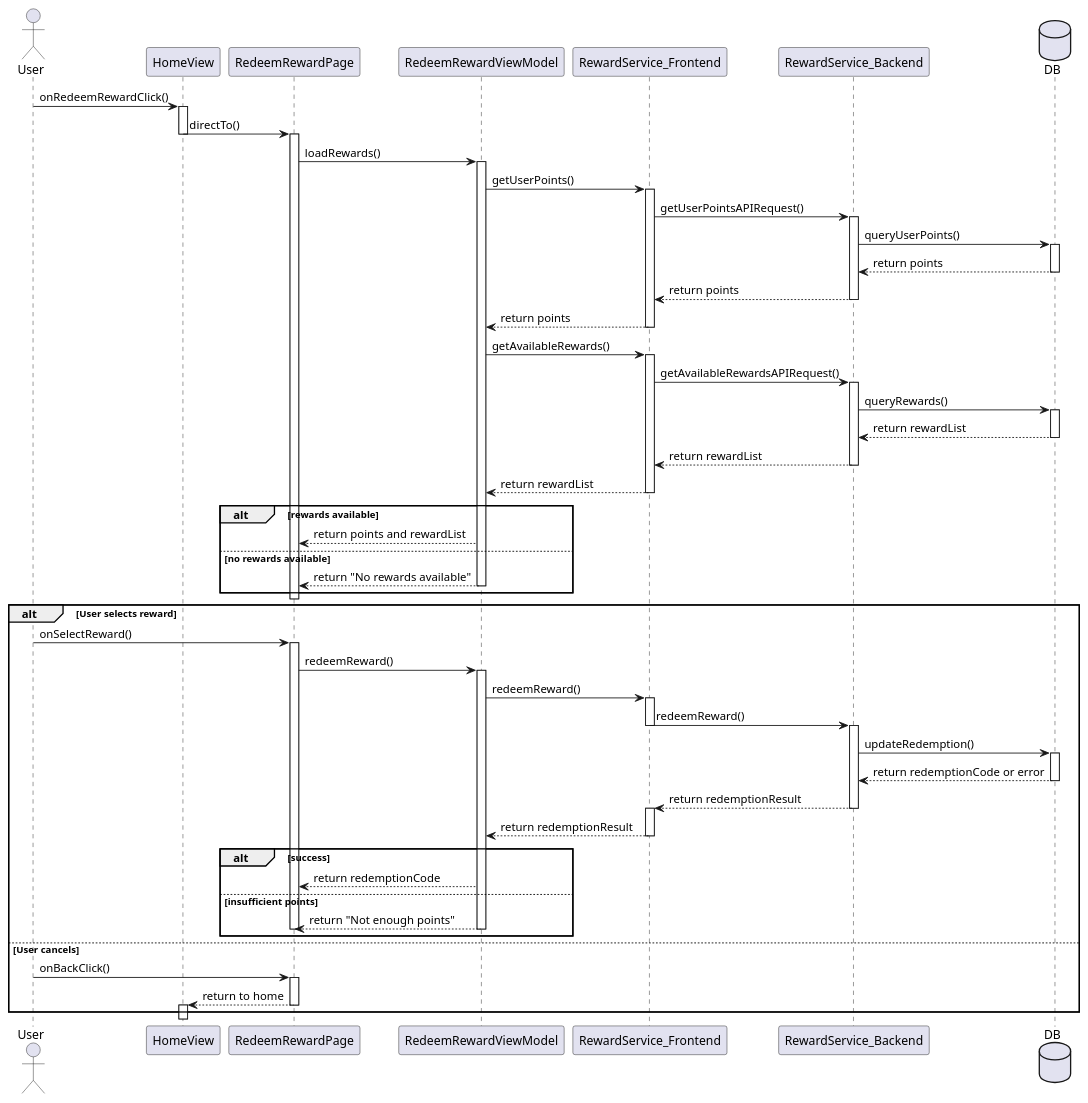
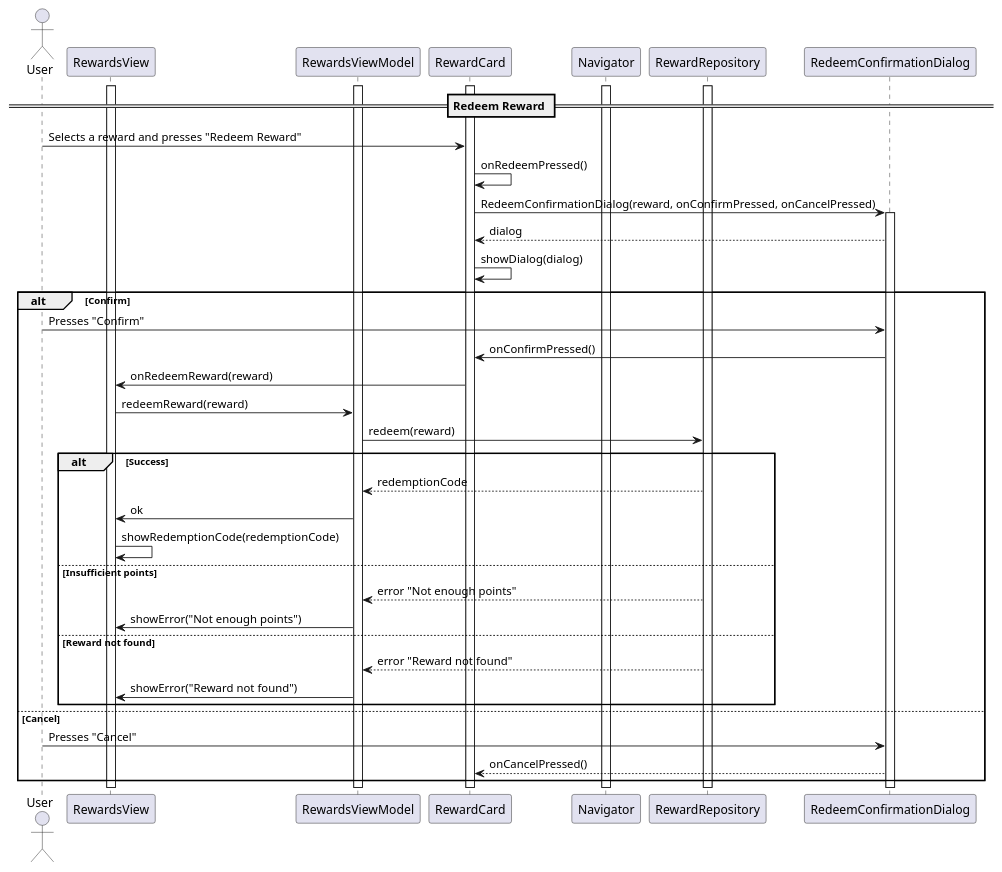
Before and after one commit to YannisRavasopoulos/ProjectSD_S6: the diagram in reports/sequence/redeem-reward.plantuml, drawn with PlantUML.

Commit message:
Redeem reward sequence

```diff
--- a/reports/sequence/redeem-reward.plantuml
+++ b/reports/sequence/redeem-reward.plantuml
@@ -1,122 +1,48 @@
 @startuml
+
 actor User
 
-participant HomeView
-participant RedeemRewardPage
-participant RedeemRewardViewModel
-participant RewardService_Frontend
-participant RewardService_Backend
-database DB
+participant RewardsView
+participant RewardsViewModel
+participant RewardCard
+participant Navigator
+participant RewardRepository
+participant RedeemConfirmationDialog
 
+activate Navigator
+activate RewardsViewModel
+activate RewardRepository
+activate RewardsView
+activate RewardCard
 
-User -> HomeView : onRedeemRewardClick()
-activate HomeView
-HomeView -> RedeemRewardPage : directTo()
-deactivate HomeView
-activate RedeemRewardPage
+== Redeem Reward ==
 
+User -> RewardCard: Selects a reward and presses "Redeem Reward"
+RewardCard -> RewardCard: onRedeemPressed()
+RewardCard -> RedeemConfirmationDialog: RedeemConfirmationDialog(reward, onConfirmPressed, onCancelPressed)
+activate RedeemConfirmationDialog
+RedeemConfirmationDialog --> RewardCard: dialog
+RewardCard -> RewardCard: showDialog(dialog)
+alt Confirm
+User -> RedeemConfirmationDialog: Presses "Confirm"
+RedeemConfirmationDialog -> RewardCard: onConfirmPressed()
+RewardCard -> RewardsView: onRedeemReward(reward)
+RewardsView -> RewardsViewModel: redeemReward(reward)
+RewardsViewModel -> RewardRepository: redeem(reward)
+alt Success
+    RewardRepository --> RewardsViewModel: redemptionCode
+    RewardsViewModel -> RewardsView: ok
+    RewardsView -> RewardsView: showRedemptionCode(redemptionCode)
+else Insufficient points
+    RewardRepository --> RewardsViewModel: error "Not enough points"
+    RewardsViewModel -> RewardsView: showError("Not enough points")
+else Reward not found
+    RewardRepository --> RewardsViewModel: error "Reward not found"
+    RewardsViewModel -> RewardsView: showError("Reward not found")
+end
+else Cancel
+User -> RedeemConfirmationDialog: Presses "Cancel"
+RedeemConfirmationDialog --> RewardCard: onCancelPressed()
+end
 
-
-RedeemRewardPage -> RedeemRewardViewModel : loadRewards()
-activate RedeemRewardViewModel
-
-RedeemRewardViewModel -> RewardService_Frontend : getUserPoints()
-
-activate RewardService_Frontend
-RewardService_Frontend -> RewardService_Backend : getUserPointsAPIRequest()
-
-activate RewardService_Backend
-RewardService_Backend -> DB : queryUserPoints()
-activate DB
-DB --> RewardService_Backend : return points
-deactivate DB
-RewardService_Backend --> RewardService_Frontend : return points
-deactivate RewardService_Backend
-
-RewardService_Frontend --> RedeemRewardViewModel : return points
-deactivate RewardService_Frontend
-
-
-RedeemRewardViewModel -> RewardService_Frontend : getAvailableRewards()
-
-activate RewardService_Frontend
-RewardService_Frontend -> RewardService_Backend : getAvailableRewardsAPIRequest()
-
-activate RewardService_Backend
-RewardService_Backend -> DB : queryRewards()
-activate DB
-DB --> RewardService_Backend : return rewardList
-deactivate DB
-RewardService_Backend --> RewardService_Frontend : return rewardList
-deactivate RewardService_Backend
-
-RewardService_Frontend --> RedeemRewardViewModel : return rewardList
-deactivate RewardService_Frontend
-
-
-
-alt rewards available
-    RedeemRewardViewModel --> RedeemRewardPage : return points and rewardList
-   
-else no rewards available
-    RedeemRewardViewModel --> RedeemRewardPage : return "No rewards available"
-     deactivate RedeemRewardViewModel
-  
-
-    
-end
-deactivate RedeemRewardPage
-
-
-alt User selects reward
-    User -> RedeemRewardPage : onSelectReward()
-    activate RedeemRewardPage
-    RedeemRewardPage -> RedeemRewardViewModel : redeemReward()
-    
-
-    activate RedeemRewardViewModel
-    RedeemRewardViewModel -> RewardService_Frontend : redeemReward()
-    
-
-    activate RewardService_Frontend
-    RewardService_Frontend -> RewardService_Backend : redeemReward()
-    deactivate RewardService_Frontend
-
-    activate RewardService_Backend
-    RewardService_Backend -> DB : updateRedemption()
-    activate DB
-    DB --> RewardService_Backend : return redemptionCode or error
-    deactivate DB
-    RewardService_Backend --> RewardService_Frontend : return redemptionResult
-    deactivate RewardService_Backend
-
-    activate RewardService_Frontend
-    RewardService_Frontend --> RedeemRewardViewModel : return redemptionResult
-    deactivate RewardService_Frontend
-
-    
-
-    
-    alt success
-        RedeemRewardViewModel --> RedeemRewardPage : return redemptionCode
-    
-    else insufficient points
-        RedeemRewardViewModel --> RedeemRewardPage : return "Not enough points"
-            deactivate RedeemRewardViewModel
-            deactivate RedeemRewardPage
-    end
-
-else User cancels
-    User -> RedeemRewardPage : onBackClick()
-    activate RedeemRewardPage
-    
-    RedeemRewardPage --> HomeView : return to home
-deactivate RedeemRewardPage   
-activate HomeView
-    
-    deactivate HomeView
-
-
- 
-end
 @enduml
```
